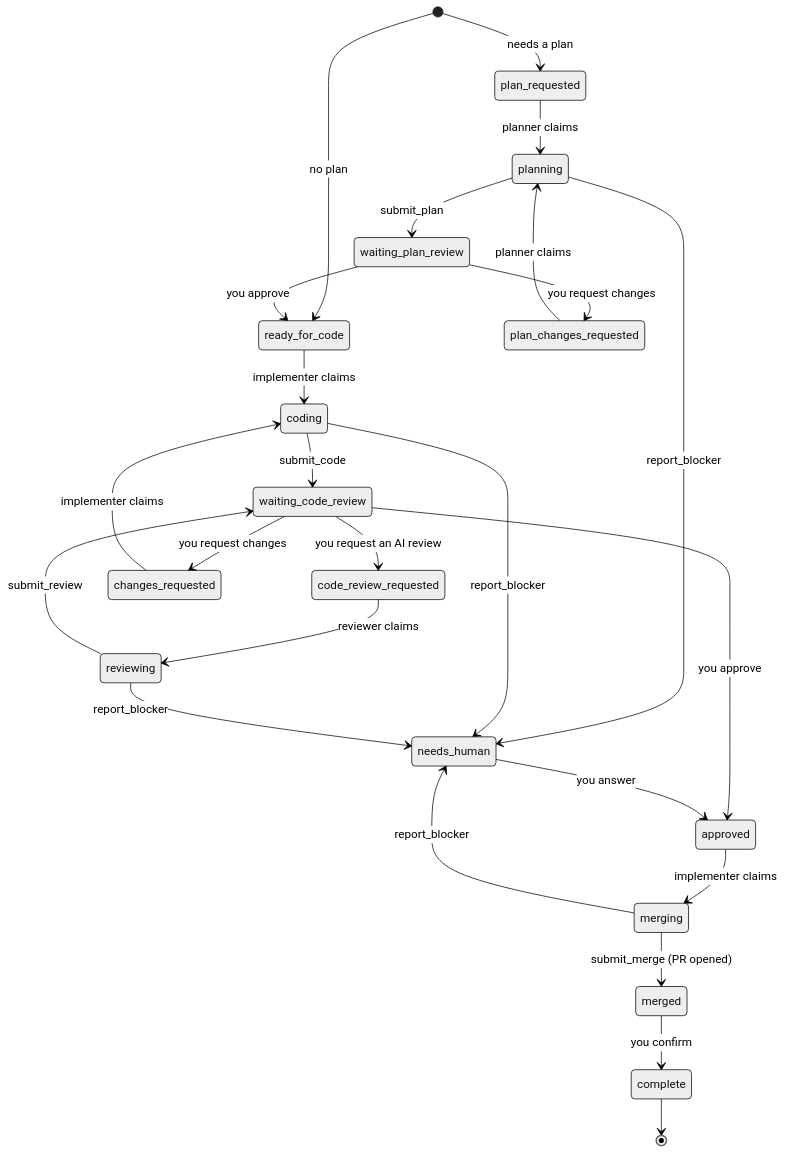
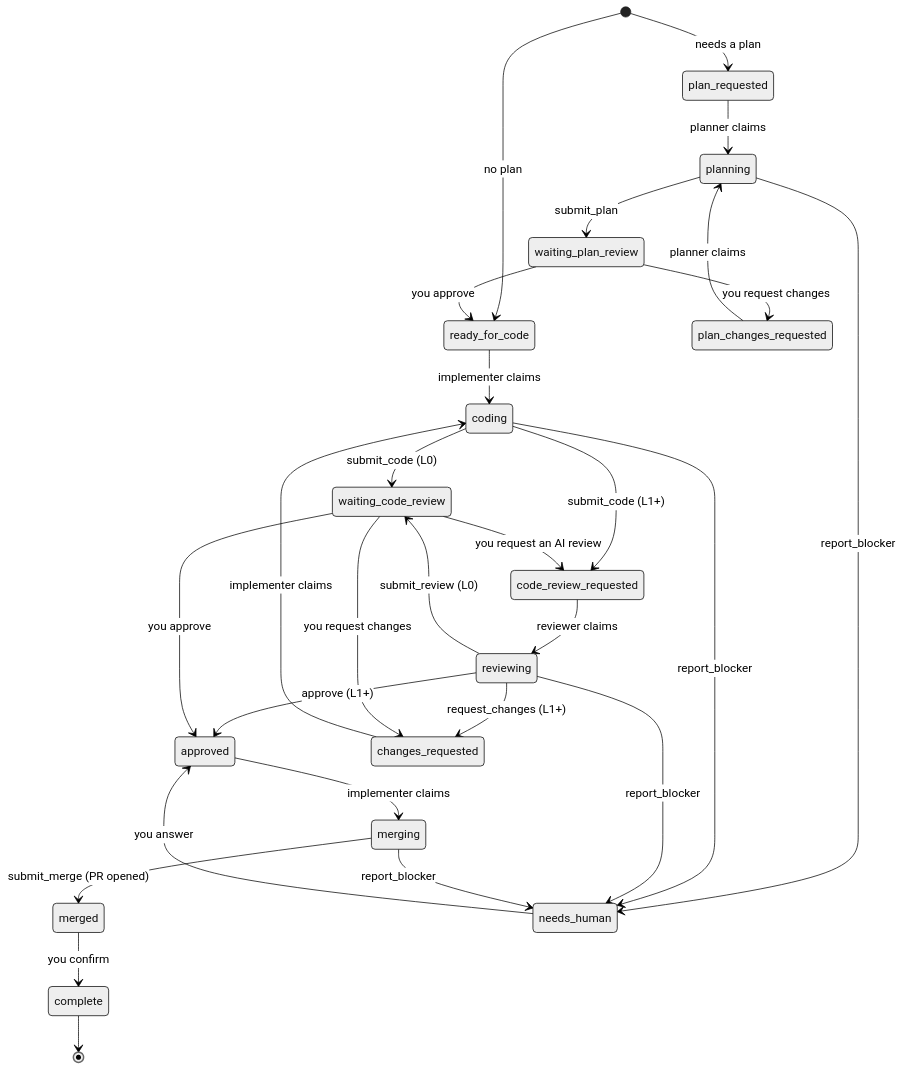
The second of 2 diagrams in README.md (sergiowero/agent-task-queue), drawn with Mermaid (neutral theme) before and after one commit. The commit also changed other lines of this file and 43 other files, not shown here.

````diff
--- a/README.md
+++ b/README.md
@@ -151,27 +151,30 @@
 ```mermaid
 stateDiagram-v2
     [*] --> plan_requested: needs a plan
     [*] --> ready_for_code: no plan
     plan_requested --> planning: planner claims
     planning --> waiting_plan_review: submit_plan
     waiting_plan_review --> ready_for_code: you approve
     waiting_plan_review --> plan_changes_requested: you request changes
     plan_changes_requested --> planning: planner claims
     ready_for_code --> coding: implementer claims
-    coding --> waiting_code_review: submit_code
+    coding --> waiting_code_review: submit_code (L0)
+    coding --> code_review_requested: submit_code (L1+)
+    reviewing --> approved: approve (L1+)
+    reviewing --> changes_requested: request_changes (L1+)
     waiting_code_review --> code_review_requested: you request an AI review
     code_review_requested --> reviewing: reviewer claims
-    reviewing --> waiting_code_review: submit_review
+    reviewing --> waiting_code_review: submit_review (L0)
     waiting_code_review --> changes_requested: you request changes
     changes_requested --> coding: implementer claims
     waiting_code_review --> approved: you approve
     approved --> merging: implementer claims
     merging --> merged: submit_merge (PR opened)
     merged --> complete: you confirm
     complete --> [*]
     planning --> needs_human: report_blocker
     coding --> needs_human: report_blocker
     reviewing --> needs_human: report_blocker
     merging --> needs_human: report_blocker
     needs_human --> approved: you answer
 ```
````
